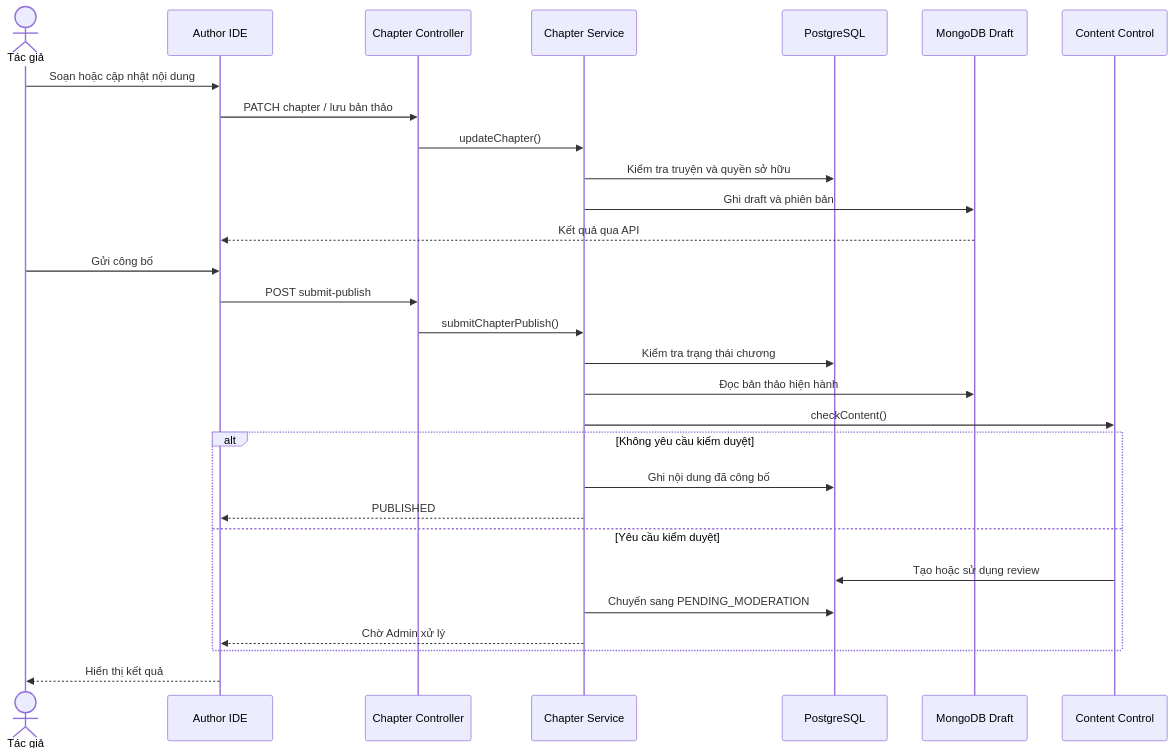
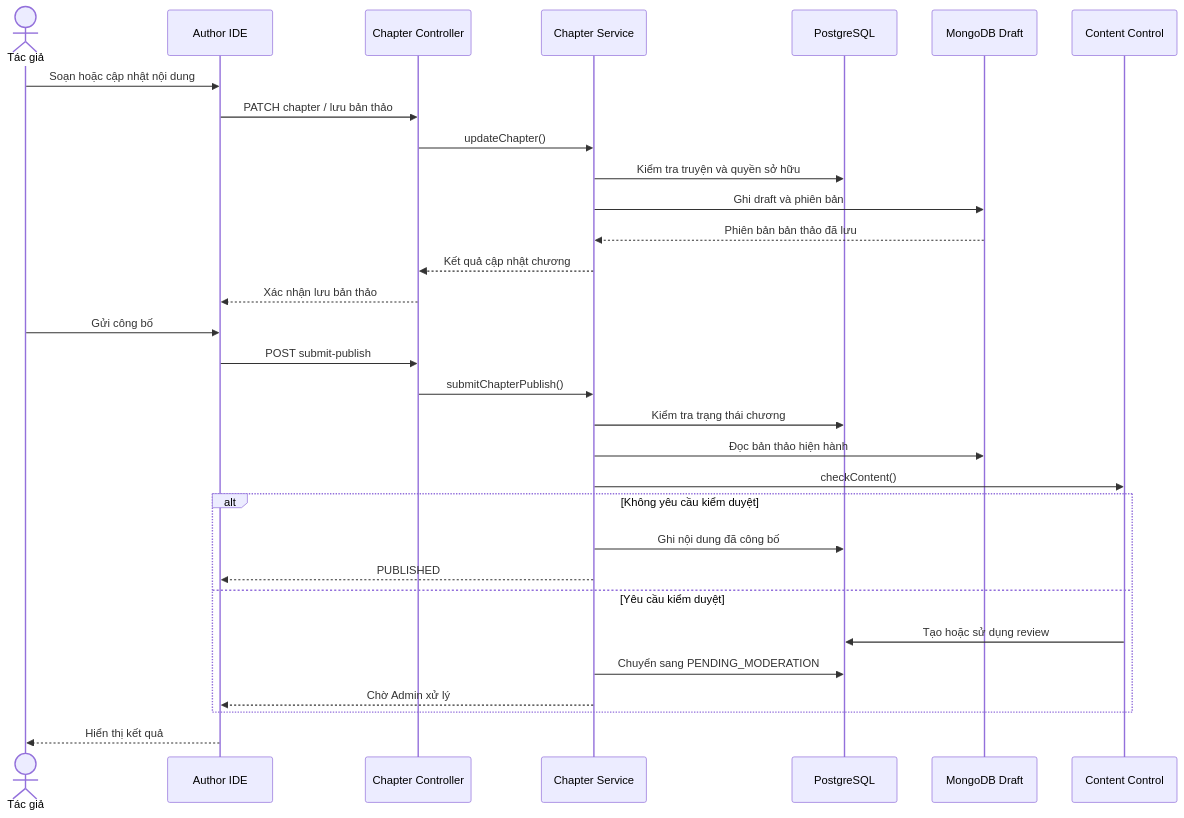
One commit to Ephurin/Novel_sharing_platform changed diagram 14 of 20 in docs/BAO_CAO_CHUONG_3.md. Above: the diagram before and after it, drawn with Mermaid. The commit also changed other lines of this file, not shown here.

Commit message:
docs: normalize Mermaid syntax and add split diagram viewing pages

````diff
--- a/docs/BAO_CAO_CHUONG_3.md
+++ b/docs/BAO_CAO_CHUONG_3.md
@@ -777,31 +784,33 @@
 ```mermaid
 sequenceDiagram
     actor A as Tác giả
     participant UI as Author IDE
     participant API as Chapter Controller
     participant S as Chapter Service
     participant PG as PostgreSQL
     participant MO as MongoDB Draft
     participant CC as Content Control
     A->>UI: Soạn hoặc cập nhật nội dung
     UI->>API: PATCH chapter / lưu bản thảo
     API->>S: updateChapter()
     S->>PG: Kiểm tra truyện và quyền sở hữu
     S->>MO: Ghi draft và phiên bản
-    MO-->>UI: Kết quả qua API
+    MO-->>S: Phiên bản bản thảo đã lưu
+    S-->>API: Kết quả cập nhật chương
+    API-->>UI: Xác nhận lưu bản thảo
     A->>UI: Gửi công bố
     UI->>API: POST submit-publish
     API->>S: submitChapterPublish()
     S->>PG: Kiểm tra trạng thái chương
     S->>MO: Đọc bản thảo hiện hành
     S->>CC: checkContent()
     alt Không yêu cầu kiểm duyệt
         S->>PG: Ghi nội dung đã công bố
         S-->>UI: PUBLISHED
     else Yêu cầu kiểm duyệt
         CC->>PG: Tạo hoặc sử dụng review
         S->>PG: Chuyển sang PENDING_MODERATION
         S-->>UI: Chờ Admin xử lý
     end
     UI-->>A: Hiển thị kết quả
 ```
````
